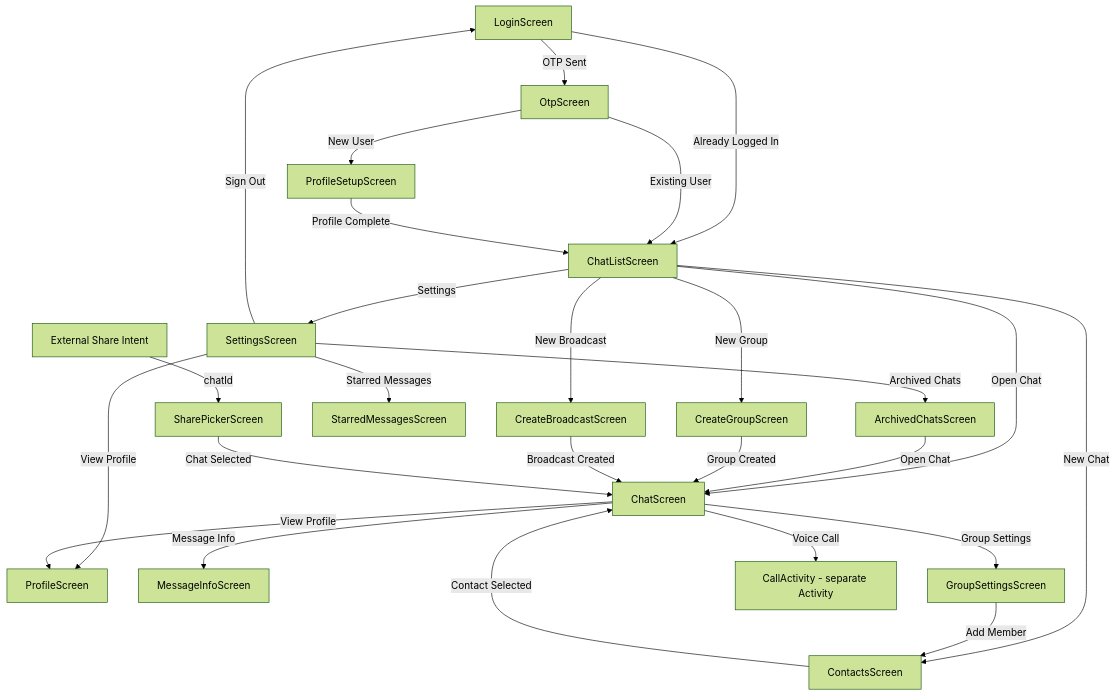
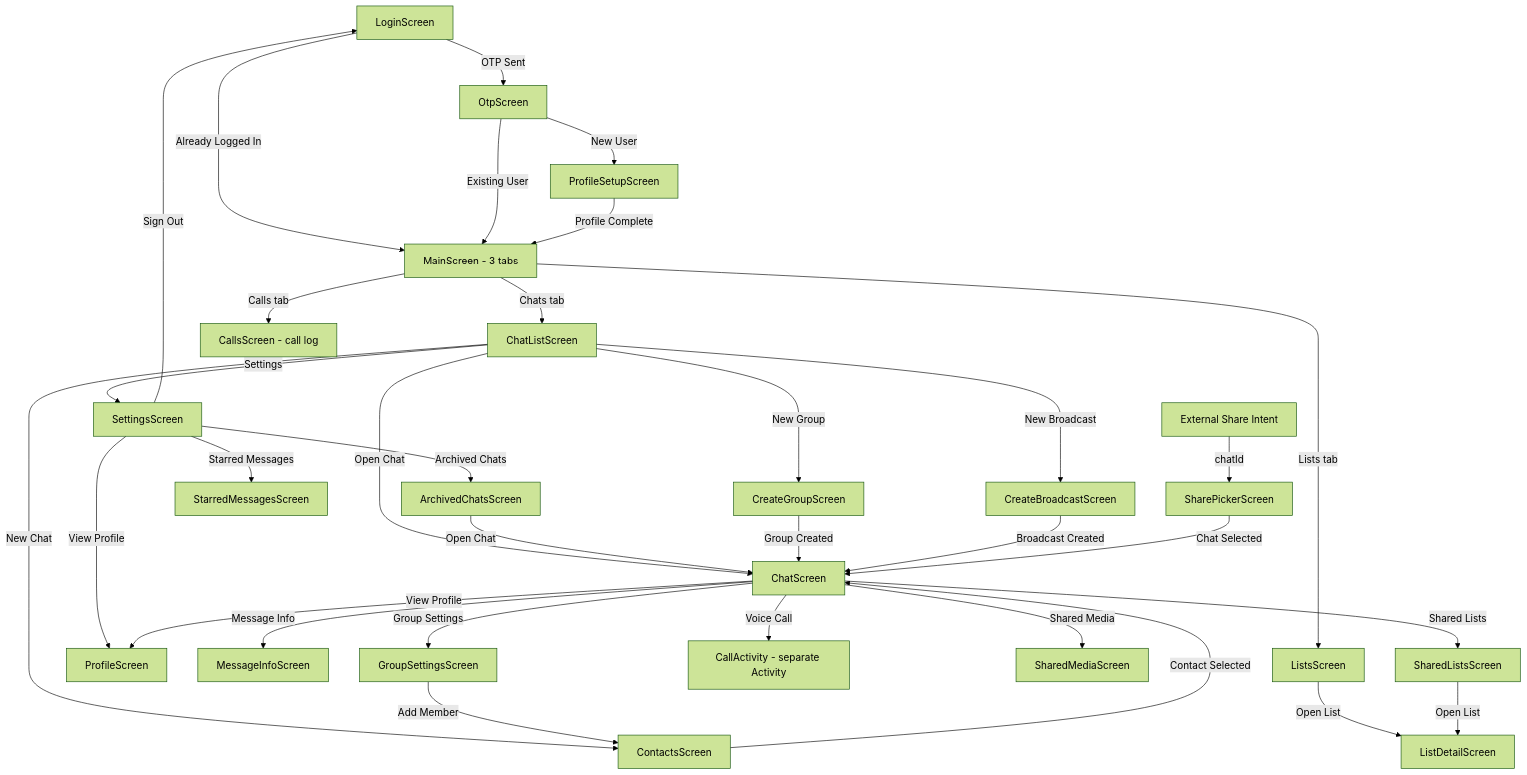
Before and after one commit to gomorra/fire-stream-chat: the seventh of 7 diagrams in docs/ARCHITECTURE.md, drawn with Mermaid (forest theme). The commit also changed other lines of this file, not shown here.

Commit message:
docs: update architecture documentation to include shared lists, call logs, and tabbed main navigation

````diff
--- a/docs/ARCHITECTURE.md
+++ b/docs/ARCHITECTURE.md
@@ -544,41 +618,52 @@
 ```mermaid
 graph TD
     %% Auth Flow
-    Login[LoginScreen] -->|Already Logged In| ChatList[ChatListScreen]
+    Login[LoginScreen] -->|Already Logged In| Main[MainScreen - 3 tabs]
     Login -->|OTP Sent| Otp[OtpScreen]
-    Otp -->|Existing User| ChatList
+    Otp -->|Existing User| Main
     Otp -->|New User| ProfileSetup[ProfileSetupScreen]
-    ProfileSetup -->|Profile Complete| ChatList
+    ProfileSetup -->|Profile Complete| Main
     Settings[SettingsScreen] -->|Sign Out| Login
 
-    %% Main Flow
+    %% Main Tabs (internal pager state)
+    Main -->|Chats tab| ChatList[ChatListScreen]
+    Main -->|Calls tab| CallsLog[CallsScreen - call log]
+    Main -->|Lists tab| Lists[ListsScreen]
+
+    %% From ChatList
     ChatList -->|Settings| Settings
     ChatList -->|New Chat| Contacts[ContactsScreen]
     ChatList -->|New Group| CreateGroup[CreateGroupScreen]
     ChatList -->|New Broadcast| CreateBroadcast[CreateBroadcastScreen]
     ChatList -->|Open Chat| Chat[ChatScreen]
 
     %% From Settings
     Settings -->|Starred Messages| StarredMessages[StarredMessagesScreen]
     Settings -->|Archived Chats| ArchivedChats[ArchivedChatsScreen]
     Settings -->|View Profile| Profile[ProfileScreen]
 
     %% From Archived Chats
     ArchivedChats -->|Open Chat| Chat
 
     %% Chat Connective Flows
     Contacts -->|Contact Selected| Chat
     CreateGroup -->|Group Created| Chat
     CreateBroadcast -->|Broadcast Created| Chat
 
     Chat -->|Message Info| MessageInfo[MessageInfoScreen]
     Chat -->|View Profile| Profile
     Chat -->|Group Settings| GroupSettings[GroupSettingsScreen]
     Chat -->|Voice Call| CallActivity[CallActivity - separate Activity]
+    Chat -->|Shared Media| SharedMedia[SharedMediaScreen]
+    Chat -->|Shared Lists| SharedLists[SharedListsScreen]
 
     GroupSettings -->|Add Member| Contacts
+
+    %% Lists flows
+    Lists -->|Open List| ListDetail[ListDetailScreen]
+    SharedLists -->|Open List| ListDetail
 
     %% Share Intent
     ShareIntent[External Share Intent] -->|chatId| SharePicker[SharePickerScreen]
     SharePicker -->|Chat Selected| Chat
 ```
````
